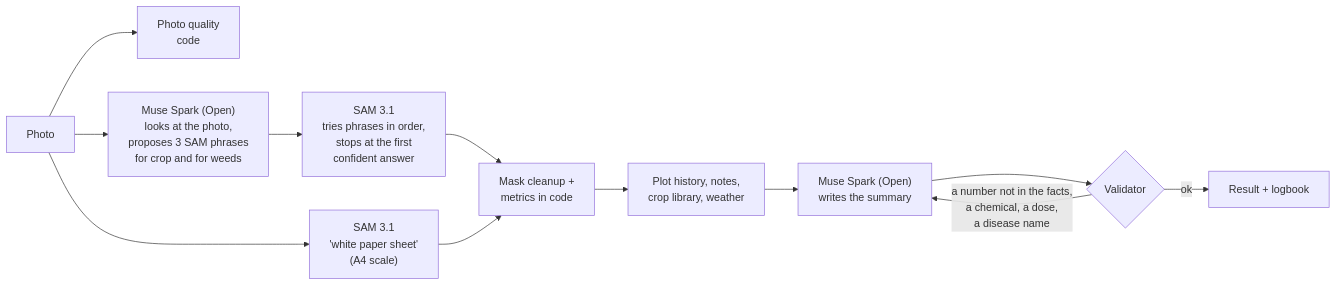
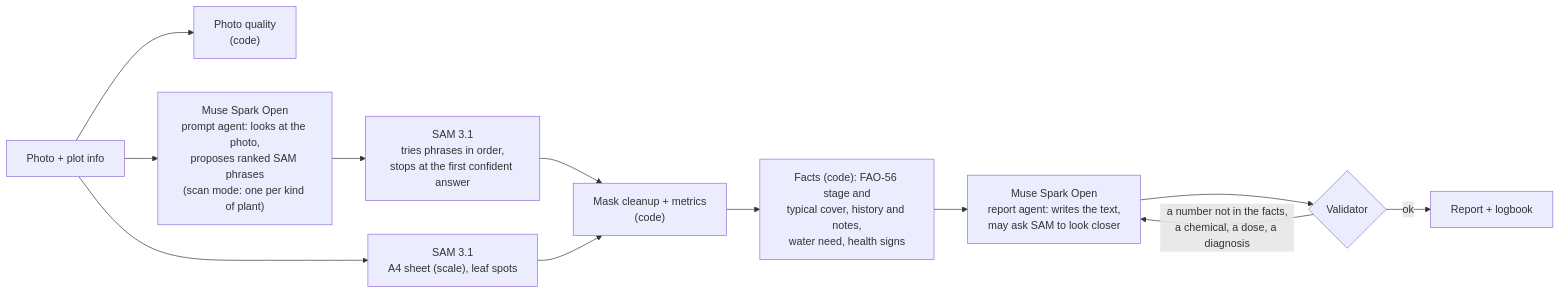
Before and after one commit to isaadahanunal/ElderLeaf: the diagram in README.md, drawn with Mermaid. The commit also changed other lines of this file and 7 other files, not shown here.

````diff
--- a/README.md
+++ b/README.md
@@ -30,14 +63,14 @@
 ```mermaid
 flowchart LR
-  P[Photo] --> Q[Photo quality<br/>code]
-  P --> A1["Muse Spark (Open)<br/>looks at the photo,<br/>proposes 3 SAM phrases<br/>for crop and for weeds"]
-  A1 --> S["SAM 3.1<br/>tries phrases in order,<br/>stops at the first<br/>confident answer"]
-  P --> S2["SAM 3.1<br/>'white paper sheet'<br/>(A4 scale)"]
-  S --> M[Mask cleanup +<br/>metrics in code]
+  P["Photo + plot info"] --> Q["Photo quality<br/>(code)"]
+  P --> A["Muse Spark Open<br/>prompt agent: looks at the photo,<br/>proposes ranked SAM phrases<br/>(scan mode: one per kind of plant)"]
+  A --> S["SAM 3.1<br/>tries phrases in order,<br/>stops at the first confident answer"]
+  P --> S2["SAM 3.1<br/>A4 sheet (scale), leaf spots"]
+  S --> M["Mask cleanup + metrics<br/>(code)"]
   S2 --> M
-  M --> H[Plot history, notes,<br/>crop library, weather]
-  H --> W["Muse Spark (Open)<br/>writes the summary"]
-  W --> V{Validator}
-  V -- "a number not in the facts,<br/>a chemical, a dose,<br/>a disease name" --> W
-  V -- ok --> R[Result + logbook]
+  M --> C["Facts (code): FAO-56 stage and<br/>typical cover, history and notes,<br/>water need, health signs"]
+  C --> R["Muse Spark Open<br/>report agent: writes the text,<br/>may ask SAM to look closer"]
+  R --> V{"Validator"}
+  V -- "a number not in the facts,<br/>a chemical, a dose, a diagnosis" --> R
+  V -- "ok" --> O["Report + logbook"]
 ```
````
